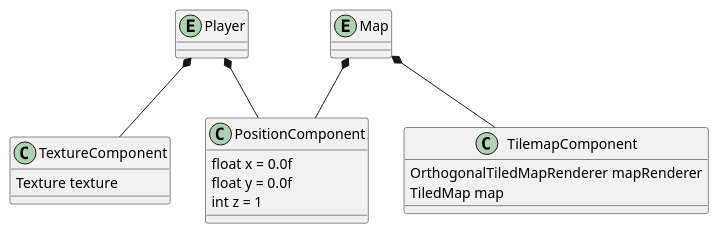
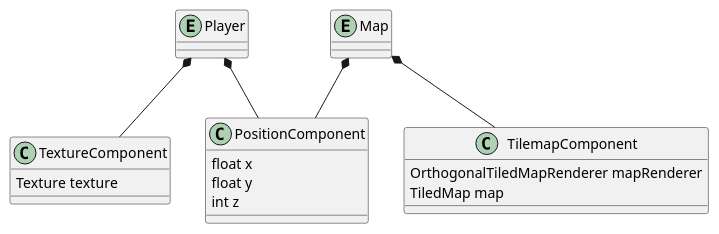
One commit to jjzsilva9/eng1 changed the diagram in project/UML/renderSequence.puml. Above: the diagram before and after it, drawn with PlantUML. The commit also changed 7 other files, not shown here.

Commit message:
added class diagrams and minor ECD changes

```diff
--- a/project/UML/renderSequence.puml
+++ b/project/UML/renderSequence.puml
@@ -1,29 +1,29 @@
 @startuml
 'https://plantuml.com/class-diagram
 
 entity Player
 entity Map
 
 Player *-- PositionComponent
 Player *-- TextureComponent
 
 Map *-- PositionComponent
 Map *-- TilemapComponent
 
 class TextureComponent {
 Texture texture
 }
 
 class TilemapComponent {
 OrthogonalTiledMapRenderer mapRenderer
 TiledMap map
 }
 
 class PositionComponent {
-float x = 0.0f
-float y = 0.0f
-int z = 1
+float x
+float y
+int z
 }
 
 
 @enduml
```
